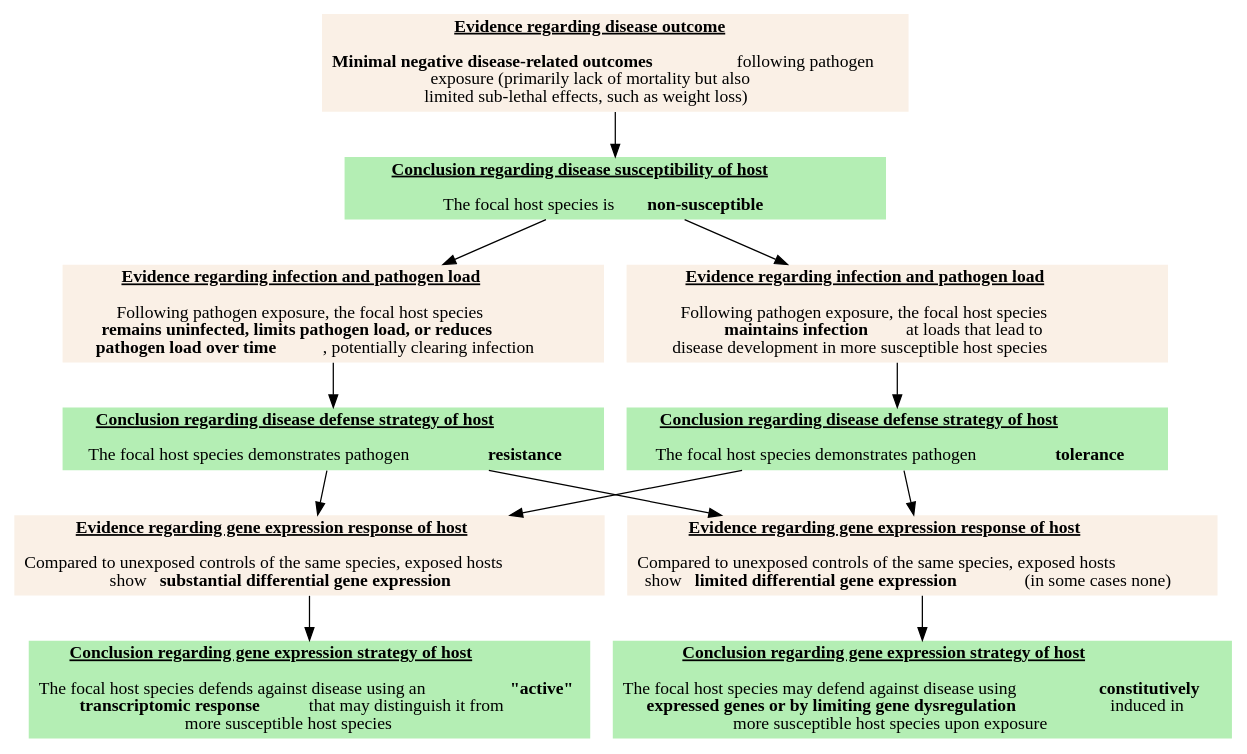
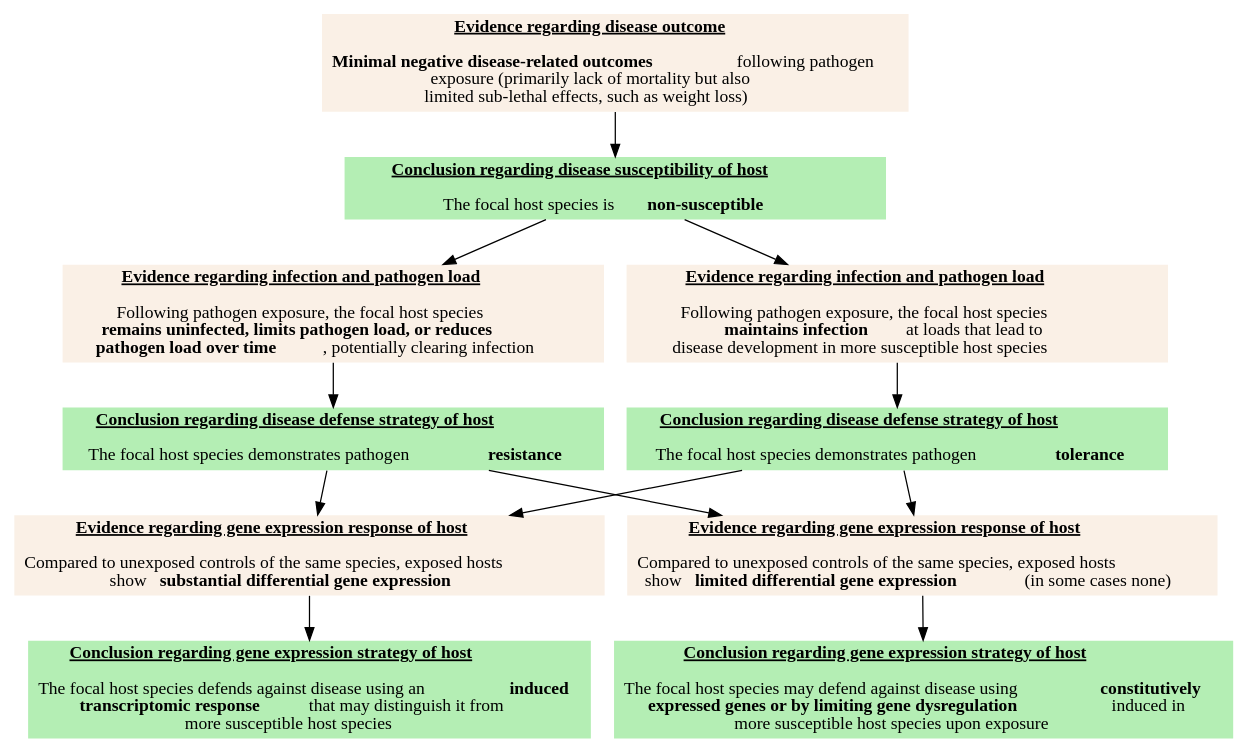
The diagram in data/figures/flowchart.dot (eveskew/wild_expression), drawn with Graphviz before and after one commit. The commit also changed 10 other files, not shown here.

```diff
--- a/data/figures/flowchart.dot
+++ b/data/figures/flowchart.dot
@@ -1,31 +1,31 @@
 
 digraph flowchart {
   
   graph [fontsize = 20]
   
   node [shape = box, fontname = Calibri, style = filled, fillcolor = linen, width = 6, penwidth = 0]
   
   e1 [label = <<U><B>Evidence regarding disease outcome</B></U><BR></BR><BR></BR><B>Minimal negative disease-related outcomes</B><B>    </B>following pathogen<BR></BR>exposure (primarily lack of mortality but also<BR></BR>limited sub-lethal effects, such as weight loss)>]
   
   e2 [label = <<U><B>Evidence regarding infection and pathogen load</B></U><BR></BR><BR></BR>Following pathogen exposure, the focal host species<BR></BR><B>remains uninfected, limits pathogen load, or reduces</B><BR></BR><B>pathogen load over time</B><B>  </B>, potentially clearing infection>]
   
   e3 [label = <<U><B>Evidence regarding infection and pathogen load</B></U><BR></BR><BR></BR>Following pathogen exposure, the focal host species<BR></BR><B>maintains infection</B><B>  </B>at loads that lead to<BR></BR>disease development in more susceptible host species>]
   
   e4 [label = <<U><B>Evidence regarding gene expression response of host</B></U><BR></BR><BR></BR>Compared to unexposed controls of the same species, exposed hosts<BR></BR>show <B>substantial differential gene expression</B>>]
   
   e5 [label = <<U><B>Evidence regarding gene expression response of host</B></U><BR></BR><BR></BR>Compared to unexposed controls of the same species, exposed hosts<BR></BR>show <B>limited differential gene expression</B><B>   </B>(in some cases none)>]
   
   node [fillcolor = darkseagreen2]
   
   c1 [label = <<U><B>Conclusion regarding disease susceptibility of host</B></U><BR></BR><BR></BR>The focal host species is <B>non-susceptible</B>>]
   
   c2 [label = <<U><B>Conclusion regarding disease defense strategy of host</B></U><BR></BR><BR></BR>The focal host species demonstrates pathogen   <B>resistance</B>>]
   
   c3 [label = <<U><B>Conclusion regarding disease defense strategy of host</B></U><BR></BR><BR></BR>The focal host species demonstrates pathogen   <B>tolerance</B>>]
   
-  c4 [label = <<U><B>Conclusion regarding gene expression strategy of host</B></U><BR></BR><BR></BR>The focal host species defends against disease using an  <B>"active"</B><BR></BR><B>transcriptomic response</B><B>   </B>that may distinguish it from<BR></BR>more susceptible host species>]
+  c4 [label = <<U><B>Conclusion regarding gene expression strategy of host</B></U><BR></BR><BR></BR>The focal host species defends against disease using an  <B>induced</B><BR></BR><B>transcriptomic response</B><B>   </B>that may distinguish it from<BR></BR>more susceptible host species>]
   
   c5 [label = <<U><B>Conclusion regarding gene expression strategy of host</B></U><BR></BR><BR></BR>The focal host species may defend against disease using  <B>constitutively</B><BR></BR><B>expressed genes or by limiting gene dysregulation</B><B>    </B>induced in<BR></BR>more susceptible host species upon exposure>]
   
   e1 -> c1; c1 -> e2; c1 -> e3; e2 -> c2; e3 -> c3; c2 -> e4; c2 -> e5; c3 -> e4; c3 -> e5; e4 -> c4; e5 -> c5
 }
```
